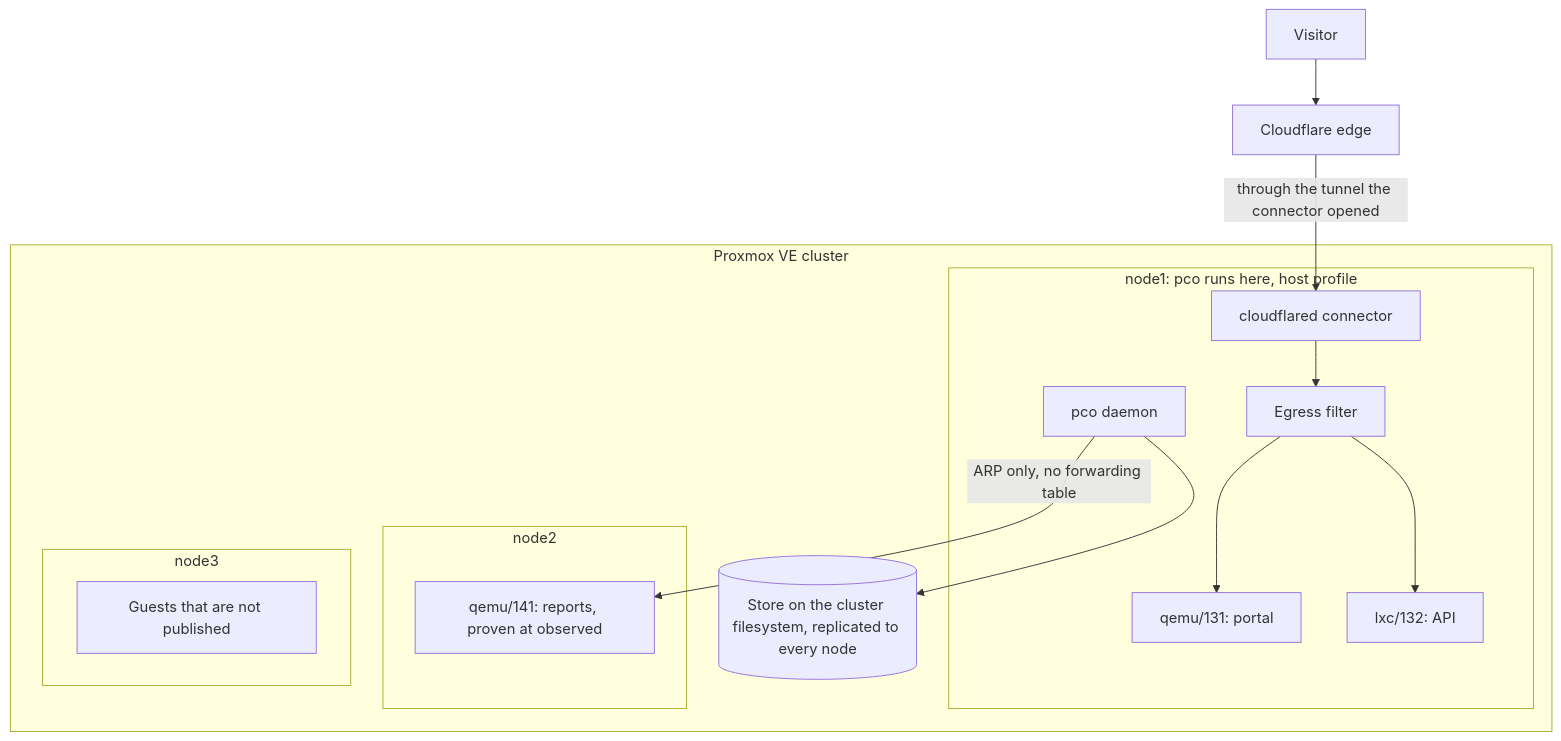
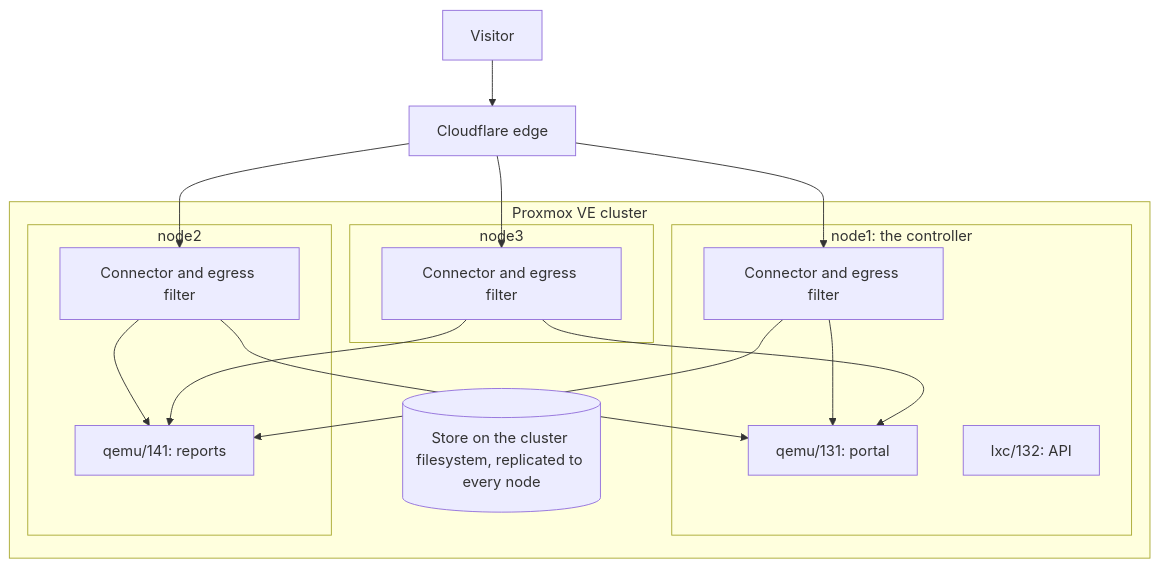
Before and after one commit to anaryk/proxmox-cloudflared-operator: the diagram in docs/use-cases/company-cluster.md, drawn with Mermaid. The commit also changed other lines of this file and 23 other files, not shown here.

````diff
--- a/docs/use-cases/company-cluster.md
+++ b/docs/use-cases/company-cluster.md
@@ -32,24 +30,28 @@
 ```mermaid
 flowchart TB
     visitor["Visitor"] --> edge["Cloudflare edge"]
-    edge -->|"through the tunnel the connector opened"| connector
+    edge --> c1
+    edge --> c2
+    edge --> c3
     subgraph cluster["Proxmox VE cluster"]
-        subgraph node1["node1: pco runs here, host profile"]
-            connector["cloudflared connector"] --> filter["Egress filter"]
-            daemon["pco daemon"]
+        subgraph node1["node1: the controller"]
+            c1["Connector and egress filter"]
             portal["qemu/131: portal"]
             api["lxc/132: API"]
         end
         subgraph node2["node2"]
-            reports["qemu/141: reports, proven at observed"]
+            c2["Connector and egress filter"]
+            reports["qemu/141: reports"]
         end
         subgraph node3["node3"]
-            other["Guests that are not published"]
+            c3["Connector and egress filter"]
         end
         store[("Store on the cluster filesystem, replicated to every node")]
     end
-    filter --> portal
-    filter --> api
-    daemon -->|"ARP only, no forwarding table"| reports
-    daemon --> store
+    c1 --> portal
+    c2 --> portal
+    c3 --> portal
+    c1 --> reports
+    c2 --> reports
+    c3 --> reports
 ```
````
